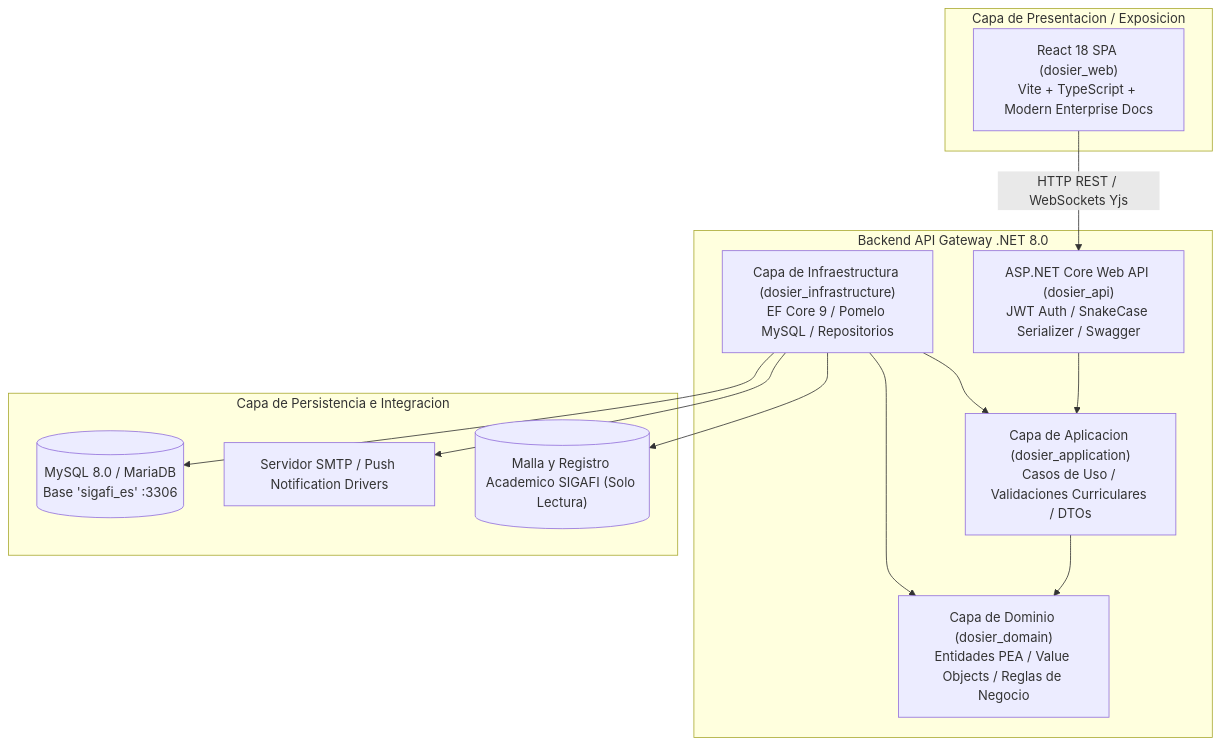
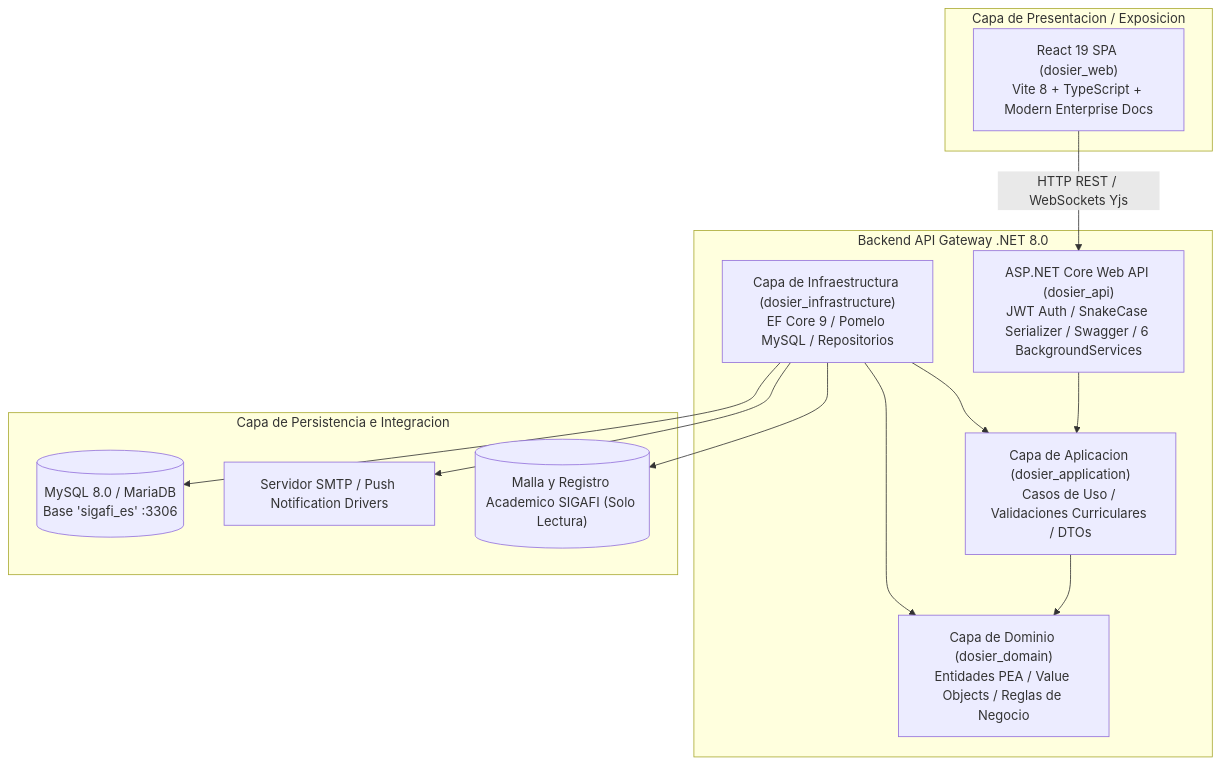
One commit to JorgeDoicela/dosier changed the first of 3 diagrams in docs/documentacion/01-arquitectura/01-macro-arquitectura-clean-arch.md. Above: the diagram before and after it, drawn with Mermaid. The commit also changed other lines of this file and 35 other files, not shown here.

````diff
--- a/docs/documentacion/01-arquitectura/01-macro-arquitectura-clean-arch.md
+++ b/docs/documentacion/01-arquitectura/01-macro-arquitectura-clean-arch.md
@@ -21,30 +21,30 @@
 ```mermaid
 graph TD
     subgraph CapaPresentacion [Capa de Presentacion / Exposicion]
-        WebClient["React 18 SPA (dosier_web)\nVite + TypeScript + Modern Enterprise Docs"]
+        WebClient["React 19 SPA (dosier_web)\nVite 8 + TypeScript + Modern Enterprise Docs"]
     end
 
     subgraph CapaBackend [Backend API Gateway .NET 8.0]
-        APIGateway["ASP.NET Core Web API (dosier_api)\nJWT Auth / SnakeCase Serializer / Swagger"]
+        APIGateway["ASP.NET Core Web API (dosier_api)\nJWT Auth / SnakeCase Serializer / Swagger / 6 BackgroundServices"]
         AppCore["Capa de Aplicacion (dosier_application)\nCasos de Uso / Validaciones Curriculares / DTOs"]
         DomainCore["Capa de Dominio (dosier_domain)\nEntidades PEA / Value Objects / Reglas de Negocio"]
         InfraCore["Capa de Infraestructura (dosier_infrastructure)\nEF Core 9 / Pomelo MySQL / Repositorios"]
     end
 
     subgraph CapaPersistencia [Capa de Persistencia e Integracion]
         MySQLDB[(MySQL 8.0 / MariaDB\nBase 'sigafi_es' :3306)]
         MailSMTP["Servidor SMTP / Push Notification Drivers"]
         ExternalSIGAFI[("Malla y Registro Academico SIGAFI (Solo Lectura)")]
     end
 
     WebClient -->|HTTP REST / WebSockets Yjs| APIGateway
 
     APIGateway --> AppCore
     AppCore --> DomainCore
     InfraCore --> DomainCore
     InfraCore --> AppCore
 
     InfraCore --> MySQLDB
     InfraCore --> MailSMTP
     InfraCore --> ExternalSIGAFI
 ```
````
